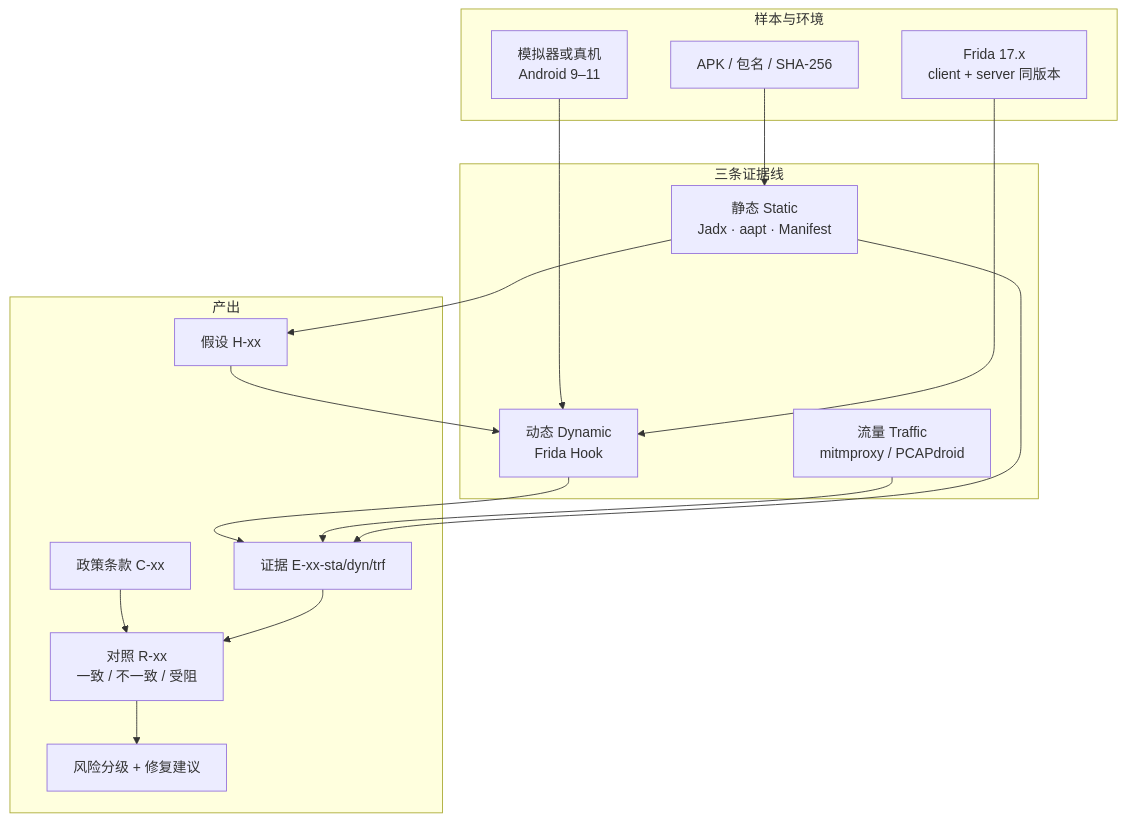
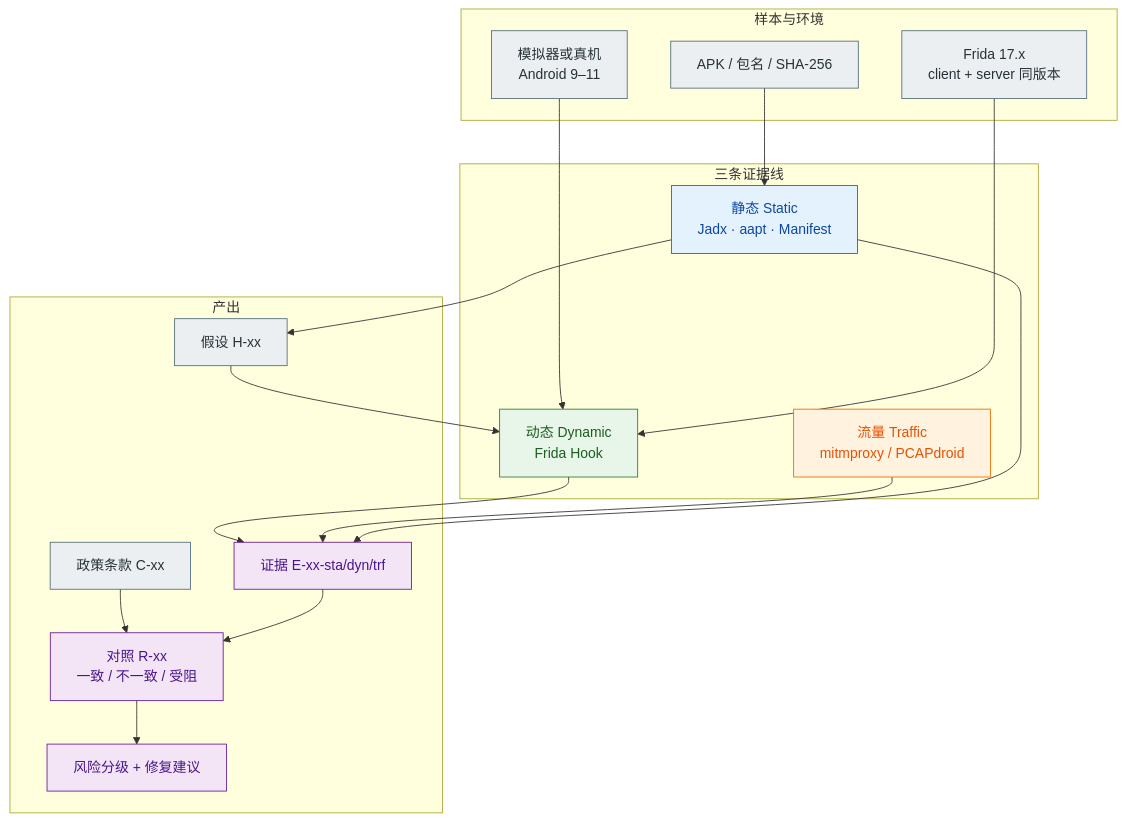
One commit to ConradLu2740/app-privacy-audit changed the third of 6 diagrams in README.md. Above: the diagram before and after it, drawn with Mermaid. The commit also changed other lines of this file and 7 other files, not shown here.

First line of the commit message:
Upgrade all diagrams: unified styling, gate markers, data visualization

````diff
--- a/README.md
+++ b/README.md
@@ -85,34 +121,46 @@
 ```mermaid
 flowchart TB
+  classDef input fill:#ECEFF1,stroke:#546E7A,color:#263238;
+  classDef stat fill:#E3F2FD,stroke:#1565C0,color:#0D47A1;
+  classDef dyn fill:#E8F5E9,stroke:#2E7D32,color:#1B5E20;
+  classDef trf fill:#FFF3E0,stroke:#EF6C00,color:#E65100;
+  classDef out fill:#F3E5F5,stroke:#6A1B9A,color:#4A148C;
+
   subgraph Input["样本与环境"]
     APK["APK / 包名 / SHA-256"]
     EMU["模拟器或真机<br/>Android 9–11"]
     FR["Frida 17.x<br/>client + server 同版本"]
   end
 
   subgraph Lines["三条证据线"]
     ST["静态 Static<br/>Jadx · aapt · Manifest"]
     DY["动态 Dynamic<br/>Frida Hook"]
     TF["流量 Traffic<br/>mitmproxy / PCAPdroid"]
   end
 
-  subgraph Out["产出"]
+  subgraph O["产出"]
     H["假设 H-xx"]
     E["证据 E-xx-sta/dyn/trf"]
     C["政策条款 C-xx"]
     R["对照 R-xx<br/>一致 / 不一致 / 受阻"]
     FIX["风险分级 + 修复建议"]
   end
 
   APK --> ST
   EMU --> DY
   FR --> DY
   ST --> H
   H --> DY
   DY --> E
   TF --> E
   ST --> E
   C --> R
   E --> R
   R --> FIX
+
+  class APK,EMU,FR,H,C input;
+  class ST stat;
+  class DY dyn;
+  class TF trf;
+  class E,R,FIX out;
 ```
````
